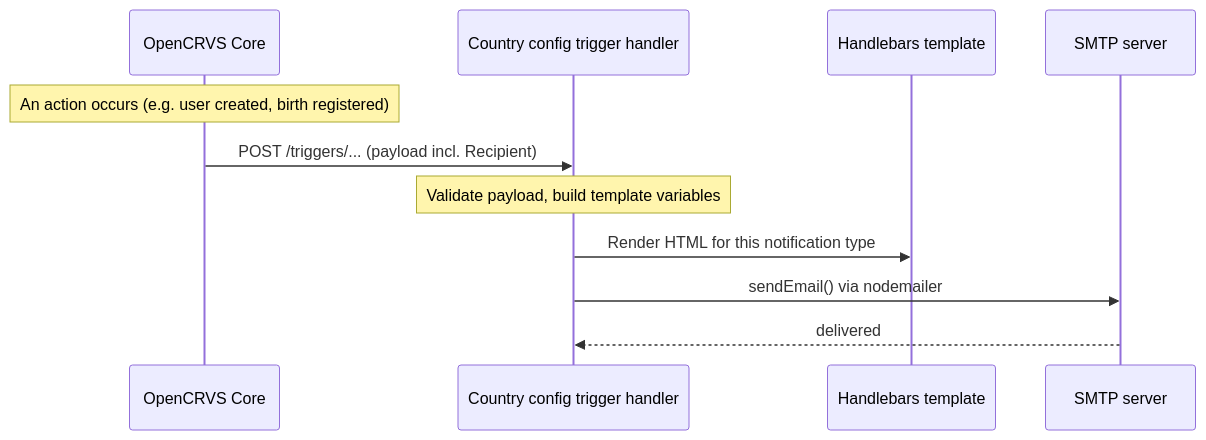
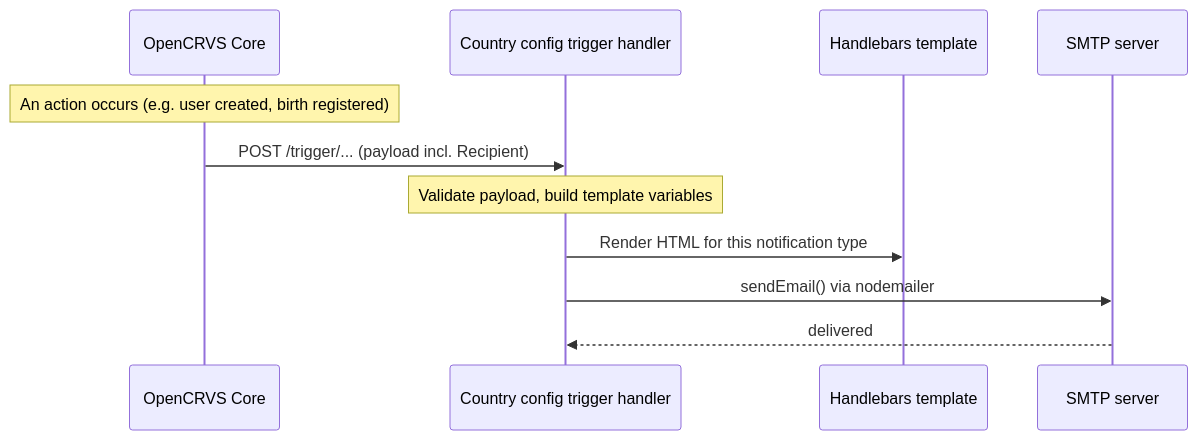
Before and after one commit to opencrvs/documentation: the diagram in v2.1.0/technical/guides/configuration/action-triggers/email-notifications.md, drawn with Mermaid. The commit also changed other lines of this file and 20 other files, not shown here.

First line of the commit message:
docs(v2.1.0): document action confirmation, /trigger routes, scopes, account recovery and MOSIP in core

````diff
--- a/v2.1.0/technical/guides/configuration/action-triggers/email-notifications.md
+++ b/v2.1.0/technical/guides/configuration/action-triggers/email-notifications.md
@@ -24,14 +24,14 @@
 ```mermaid
 sequenceDiagram
     participant Core as OpenCRVS Core
     participant Trigger as Country config trigger handler
     participant Tmpl as Handlebars template
     participant SMTP as SMTP server
 
     Note over Core: An action occurs (e.g. user created, birth registered)
-    Core->>Trigger: POST /triggers/... (payload incl. Recipient)
+    Core->>Trigger: POST /trigger/... (payload incl. Recipient)
     Note over Trigger: Validate payload, build template variables
     Trigger->>Tmpl: Render HTML for this notification type
     Trigger->>SMTP: sendEmail() via nodemailer
     SMTP-->>Trigger: delivered
 ```
````
